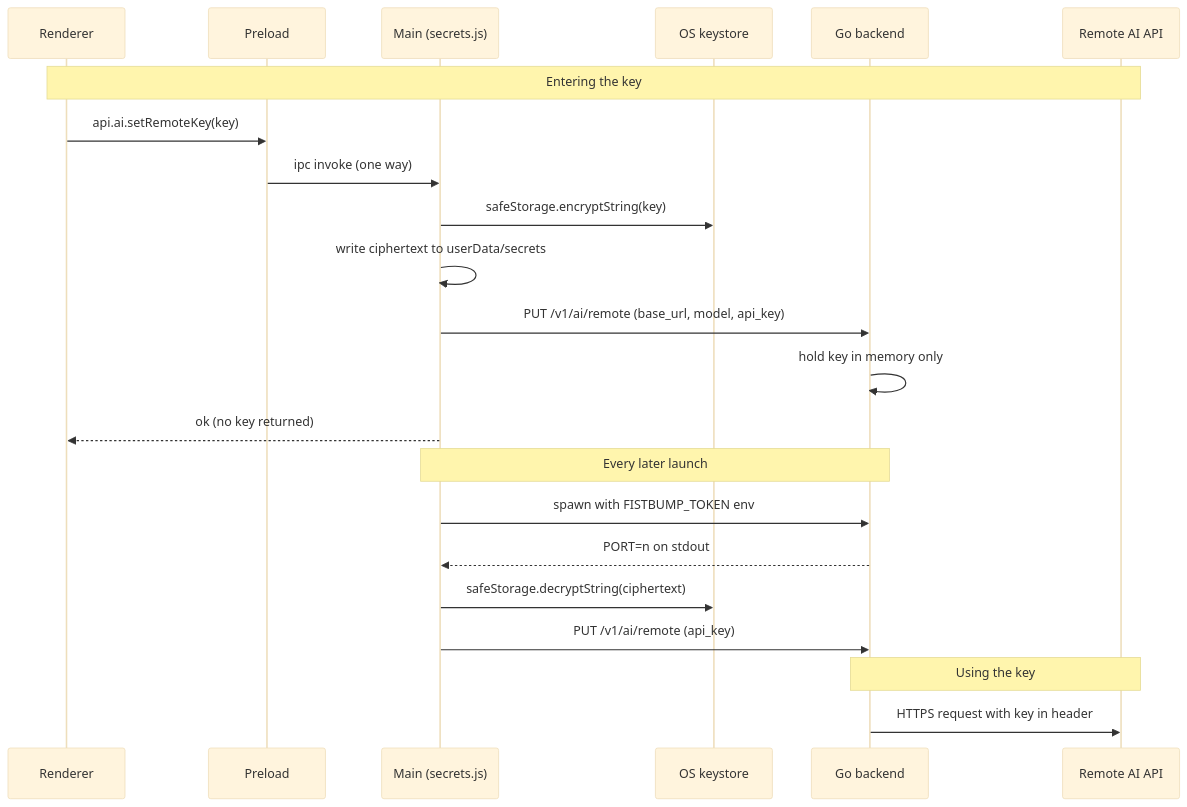
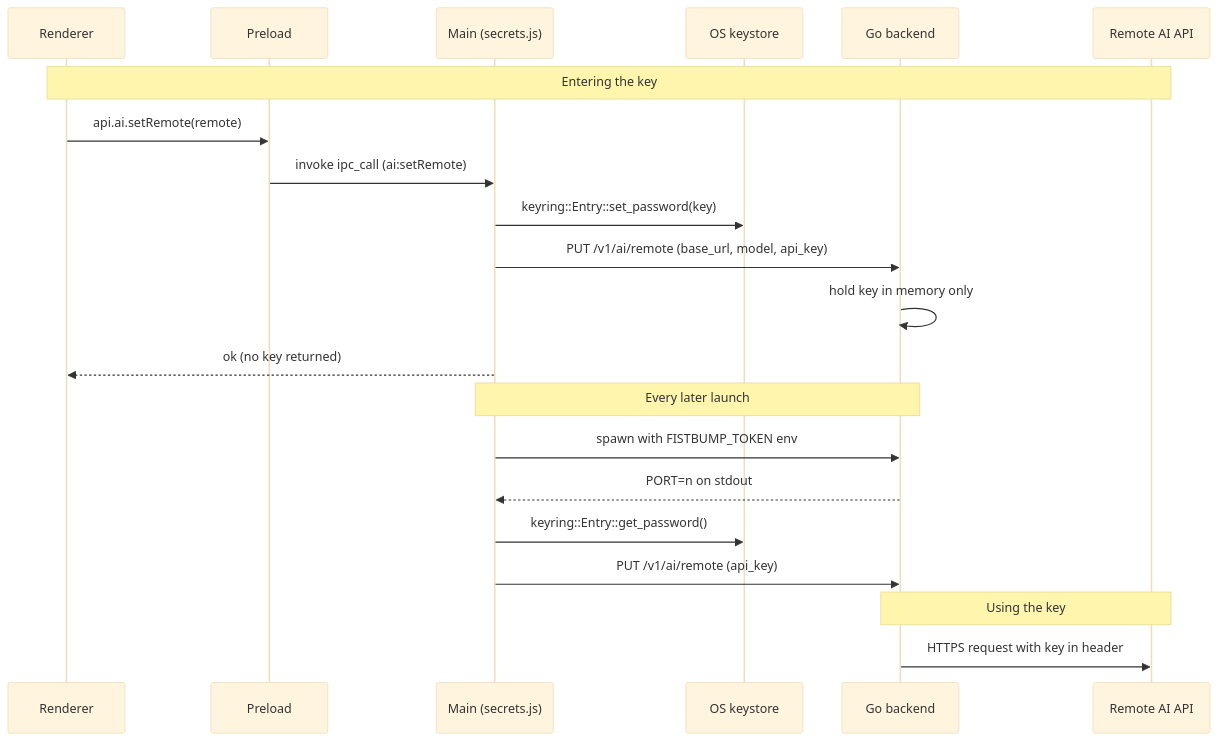
Before and after one commit to tlmcguire/fistbump: the eighth of 8 diagrams in docs/architecture.md, drawn with Mermaid (base theme). The commit also changed other lines of this file and 27 other files, not shown here.

````diff
--- a/docs/architecture.md
+++ b/docs/architecture.md
@@ -419,27 +420,26 @@
 ```mermaid
 sequenceDiagram
     participant R as Renderer
     participant P as Preload
     participant M as Main (secrets.js)
     participant D as OS keystore
     participant G as Go backend
     participant A as Remote AI API
 
     Note over R,A: Entering the key
-    R->>P: api.ai.setRemoteKey(key)
-    P->>M: ipc invoke (one way)
-    M->>D: safeStorage.encryptString(key)
-    M->>M: write ciphertext to userData/secrets
+    R->>P: api.ai.setRemote(remote)
+    P->>M: invoke ipc_call (ai:setRemote)
+    M->>D: keyring::Entry::set_password(key)
     M->>G: PUT /v1/ai/remote (base_url, model, api_key)
     G->>G: hold key in memory only
     M-->>R: ok (no key returned)
 
     Note over M,G: Every later launch
     M->>G: spawn with FISTBUMP_TOKEN env
     G-->>M: PORT=n on stdout
-    M->>D: safeStorage.decryptString(ciphertext)
+    M->>D: keyring::Entry::get_password()
     M->>G: PUT /v1/ai/remote (api_key)
 
     Note over G,A: Using the key
     G->>A: HTTPS request with key in header
 ```
````
